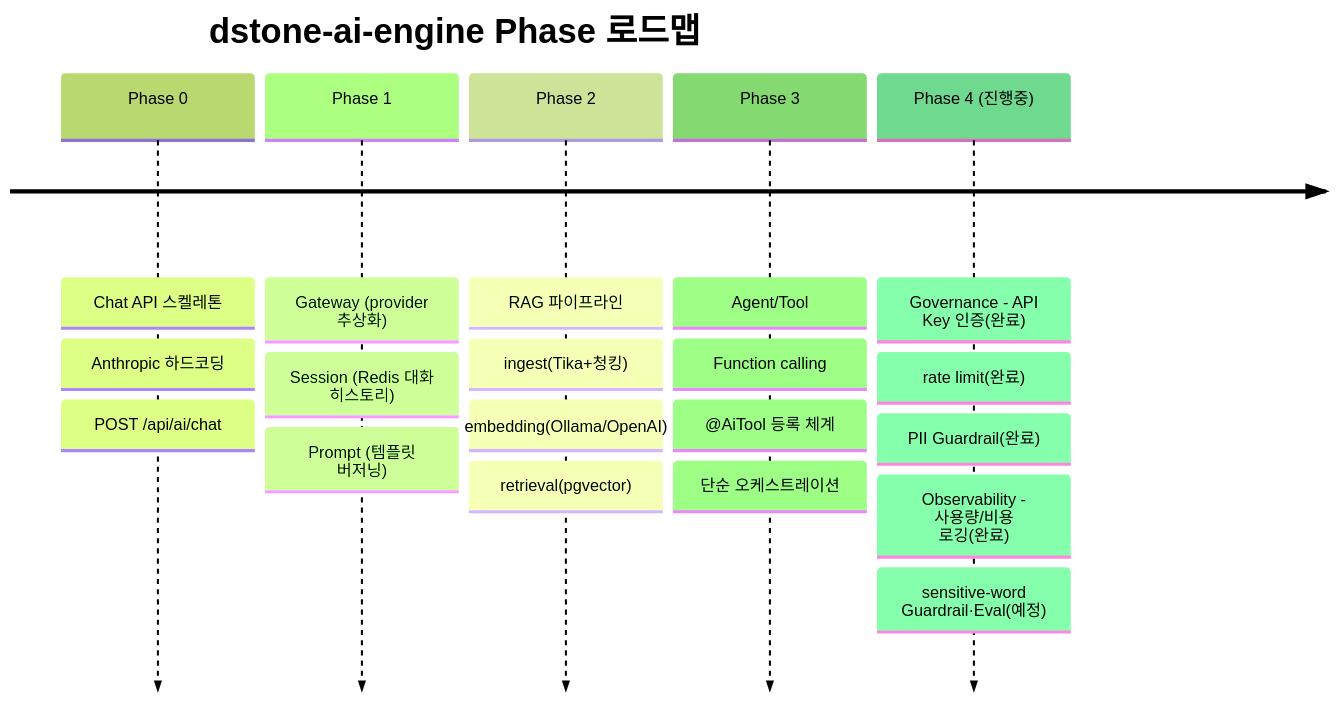
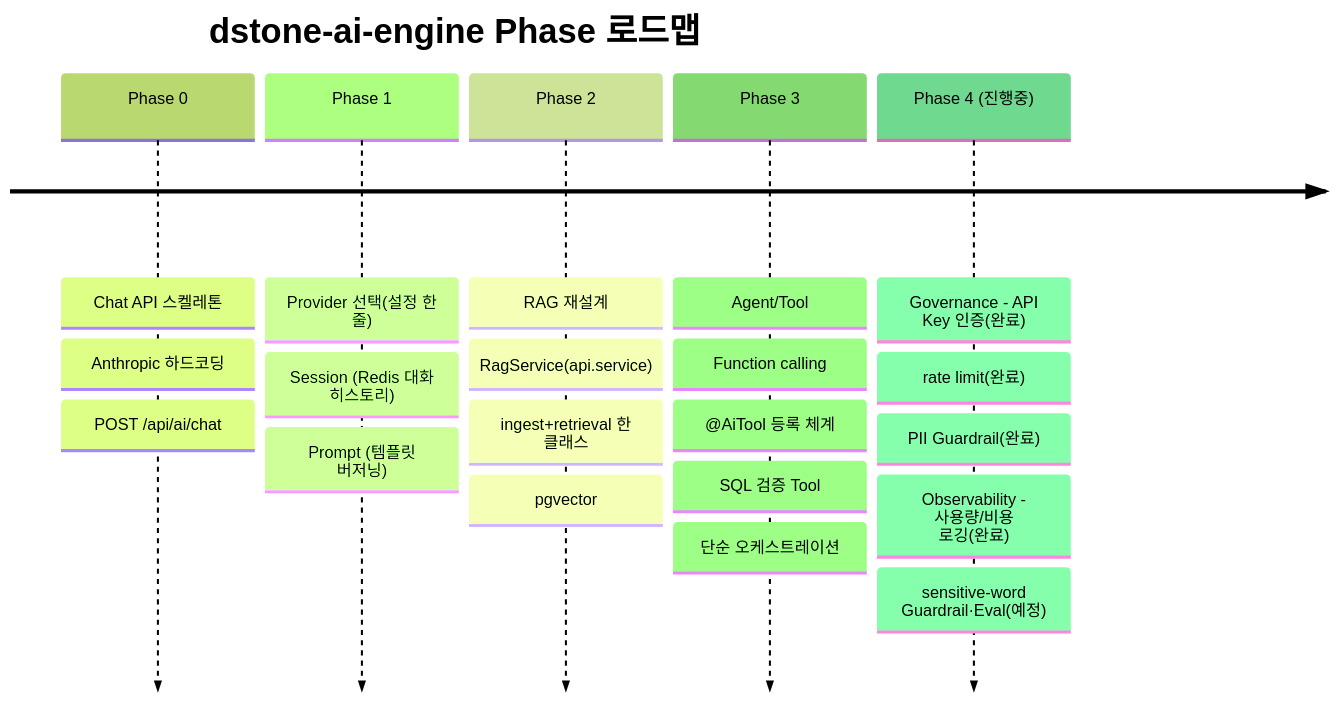
One commit to YongSoekChoeng/dstone changed the first of 16 diagrams in docs/09.dstone-ai-engine.md. Above: the diagram before and after it, drawn with Mermaid (forest theme). The commit also changed other lines of this file and 12 other files, not shown here.

````diff
--- a/docs/09.dstone-ai-engine.md
+++ b/docs/09.dstone-ai-engine.md
@@ -136,9 +136,9 @@
 ```mermaid
 timeline
     title dstone-ai-engine Phase 로드맵
     Phase 0 : Chat API 스켈레톤 : Anthropic 하드코딩 : POST /api/ai/chat
-    Phase 1 : Gateway (provider 추상화) : Session (Redis 대화 히스토리) : Prompt (템플릿 버저닝)
-    Phase 2 : RAG 파이프라인 : ingest(Tika+청킹) : embedding(Ollama/OpenAI) : retrieval(pgvector)
-    Phase 3 : Agent/Tool : Function calling : @AiTool 등록 체계 : 단순 오케스트레이션
+    Phase 1 : Provider 선택(설정 한 줄) : Session (Redis 대화 히스토리) : Prompt (템플릿 버저닝)
+    Phase 2 : RAG 재설계 : RagService(api.service) : ingest+retrieval 한 클래스 : pgvector
+    Phase 3 : Agent/Tool : Function calling : @AiTool 등록 체계 : SQL 검증 Tool : 단순 오케스트레이션
     Phase 4 (진행중) : Governance - API Key 인증(완료) : rate limit(완료) : PII Guardrail(완료) : Observability - 사용량/비용 로깅(완료) : sensitive-word Guardrail·Eval(예정)
 ```
````
